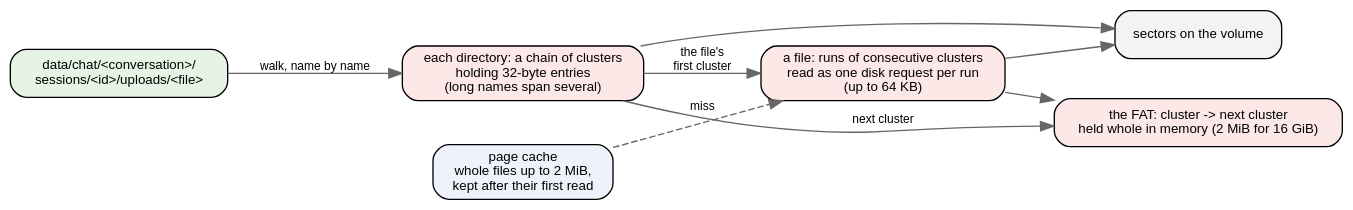
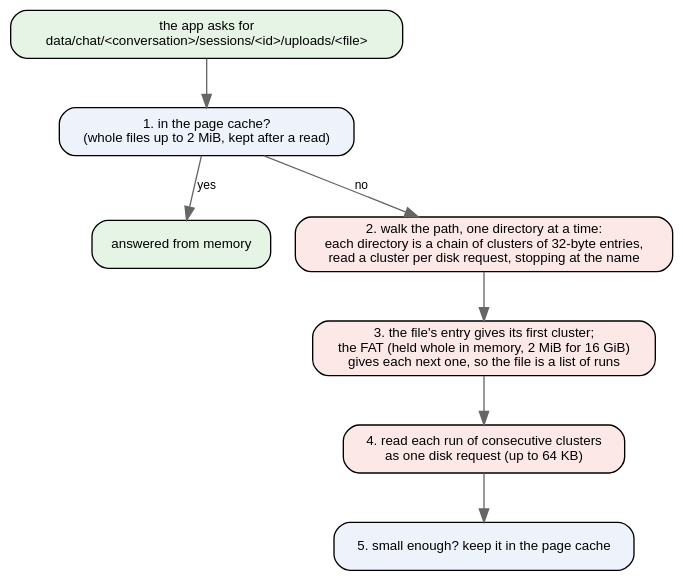
One commit to showell/essay-repl-server changed the seventh of 9 diagrams in notes/gopher-chat-on-its-own-kernel.md. Above: the diagram before and after it, drawn with Graphviz. The commit also changed other lines of this file, not shown here.

Commit message:
notes: Gopher Chat on its own kernel, draft 2 (users section, request in two diagrams, arrows explained, TCP as one loop turn)

````diff
--- a/notes/gopher-chat-on-its-own-kernel.md
+++ b/notes/gopher-chat-on-its-own-kernel.md
@@ -212,22 +258,20 @@
 ```dot
 digraph fat {
-  rankdir=LR; bgcolor="transparent";
+  rankdir=TB; bgcolor="transparent";
   node [shape=box style="rounded,filled" fontname="Helvetica" fontsize=10 fillcolor="#ffffff"];
   edge [fontname="Helvetica" fontsize=9 color="#666666"];
 
-  path [label="data/chat/<conversation>/\nsessions/<id>/uploads/<file>" fillcolor="#e6f4e6"];
-  dirs [label="each directory: a chain of clusters\nholding 32-byte entries\n(long names span several)" fillcolor="#fde8e8"];
-  fat [label="the FAT: cluster -> next cluster\nheld whole in memory (2 MiB for 16 GiB)" fillcolor="#fde8e8"];
-  runs [label="a file: runs of consecutive clusters\nread as one disk request per run\n(up to 64 KB)" fillcolor="#fde8e8"];
-  cache [label="page cache\nwhole files up to 2 MiB,\nkept after their first read" fillcolor="#eef3fb"];
-  disk [label="sectors on the volume" fillcolor="#f3f3f3"];
+  ask [label="the app asks for\ndata/chat/<conversation>/sessions/<id>/uploads/<file>" fillcolor="#e6f4e6"];
+  cache [label="1. in the page cache?\n(whole files up to 2 MiB, kept after a read)" fillcolor="#eef3fb"];
+  done [label="answered from memory" fillcolor="#e6f4e6"];
+  walk [label="2. walk the path, one directory at a time:\neach directory is a chain of clusters of 32-byte entries,\nread a cluster per disk request, stopping at the name" fillcolor="#fde8e8"];
+  chain [label="3. the file's entry gives its first cluster;\nthe FAT (held whole in memory, 2 MiB for 16 GiB)\ngives each next one, so the file is a list of runs" fillcolor="#fde8e8"];
+  read [label="4. read each run of consecutive clusters\nas one disk request (up to 64 KB)" fillcolor="#fde8e8"];
+  keep [label="5. small enough? keep it in the page cache" fillcolor="#eef3fb"];
 
-  path -> dirs [label="walk, name by name"];
-  dirs -> fat [label="next cluster"];
-  dirs -> runs [label="the file's\nfirst cluster"];
-  runs -> fat;
-  runs -> disk;
-  dirs -> disk;
-  cache -> runs [label="miss" style=dashed];
+  ask -> cache;
+  cache -> done [label="yes"];
+  cache -> walk [label="no"];
+  walk -> chain -> read -> keep;
 }
 ```
````
